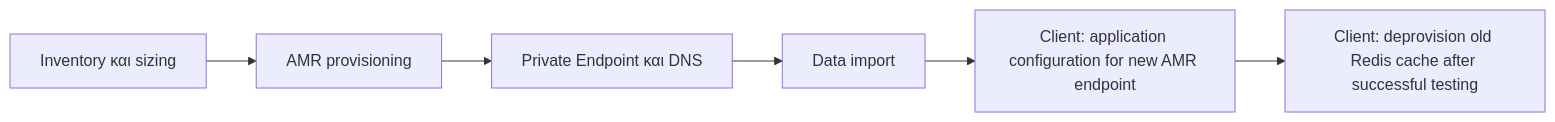
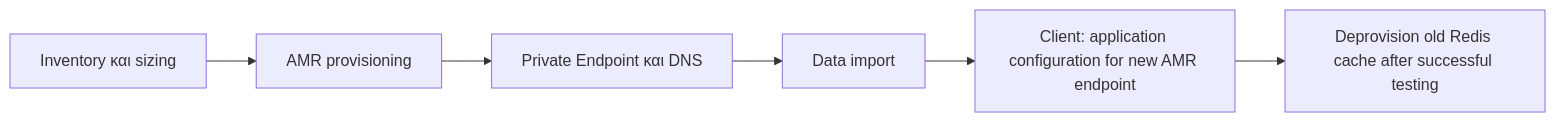
Before and after one commit to ptcloudnative/azure-managed-redis: the first of 2 diagrams in TECHNICAL_MIGRATION_GUIDE.md, drawn with Mermaid.

````diff
--- a/TECHNICAL_MIGRATION_GUIDE.md
+++ b/TECHNICAL_MIGRATION_GUIDE.md
@@ -33,8 +33,8 @@
 ```mermaid
 flowchart LR
     A[Inventory και sizing] --> B[AMR provisioning]
     B --> C[Private Endpoint και DNS]
     C --> D[Data import]
     D --> E[Client: application configuration for new AMR endpoint]
-    E --> F[Client: deprovision old Redis cache after successful testing]
+    E --> F[Deprovision old Redis cache after successful testing]
 ```
````
